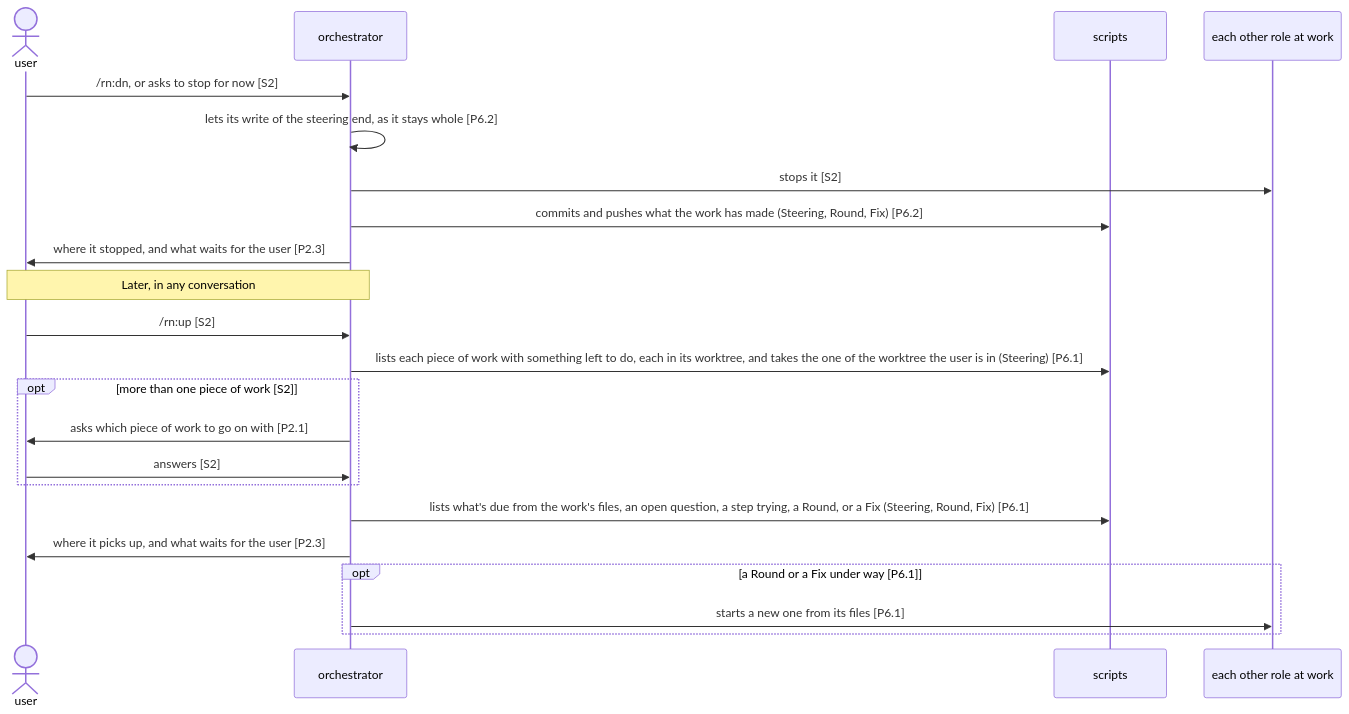
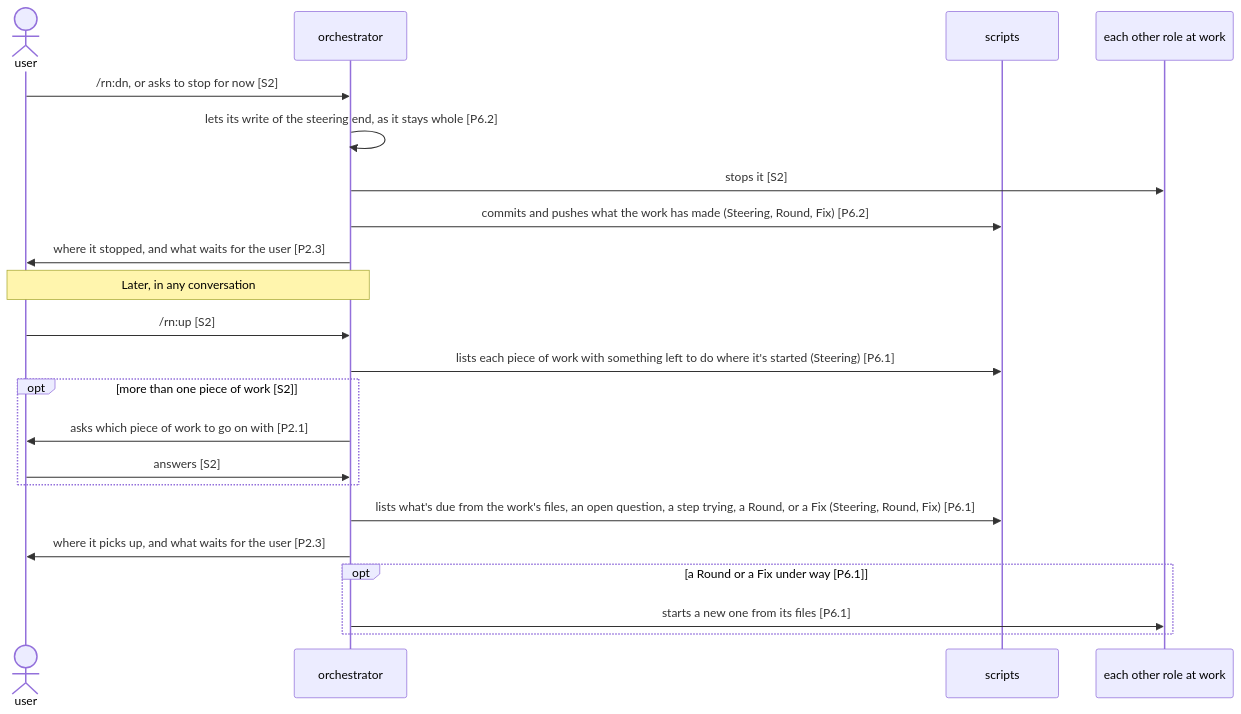
The second of 3 diagrams in dev/rn/architecture.md (lovaizu/ccpm), drawn with Mermaid before and after one commit. The commit also changed other lines of this file and 13 other files, not shown here.

First line of the commit message:
rn: the work lies where rn is started, and rn makes a branch or a worktree only when asked

````diff
--- a/dev/rn/architecture.md
+++ b/dev/rn/architecture.md
@@ -344,24 +345,24 @@
 ```mermaid
 sequenceDiagram
   actor U as user
   participant O as orchestrator
   participant S as scripts
   participant W as each other role at work
   U->>O: /rn:dn, or asks to stop for now [S2]
   O->>O: lets its write of the steering end, as it stays whole [P6.2]
   O->>W: stops it [S2]
   O->>S: commits and pushes what the work has made (Steering, Round, Fix) [P6.2]
   O->>U: where it stopped, and what waits for the user [P2.3]
   Note over U,O: Later, in any conversation
   U->>O: /rn:up [S2]
-  O->>S: lists each piece of work with something left to do, each in its worktree, and takes the one of the worktree the user is in (Steering) [P6.1]
+  O->>S: lists each piece of work with something left to do where it's started (Steering) [P6.1]
   opt more than one piece of work [S2]
     O->>U: asks which piece of work to go on with [P2.1]
     U->>O: answers [S2]
   end
   O->>S: lists what's due from the work's files, an open question, a step trying, a Round, or a Fix (Steering, Round, Fix) [P6.1]
   O->>U: where it picks up, and what waits for the user [P2.3]
   opt a Round or a Fix under way [P6.1]
     O->>W: starts a new one from its files [P6.1]
   end
 ```
````
